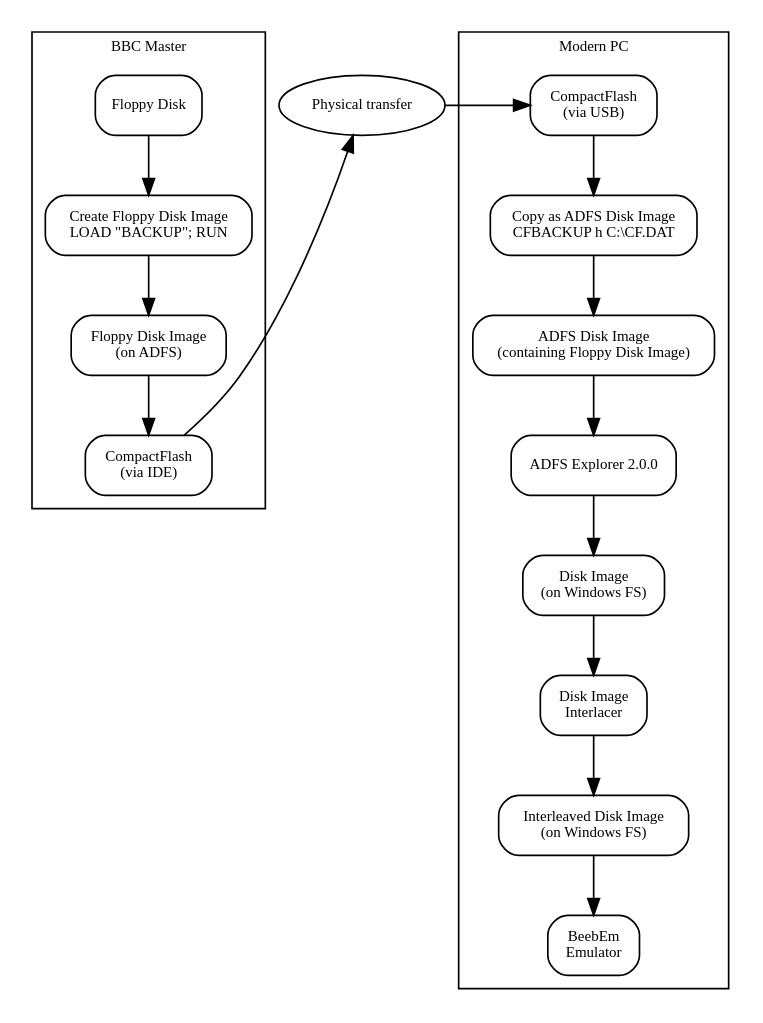
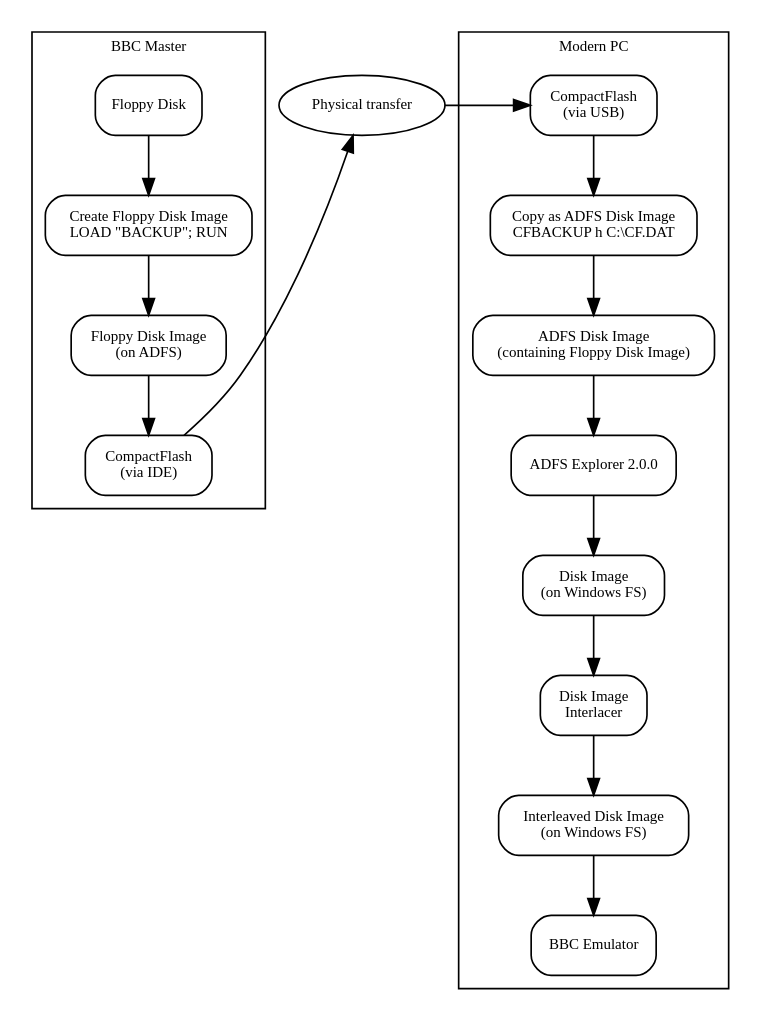
One commit to anjackson/keeping-codes changed the diagram in case-studies/images/bbc-lX.dot. Above: the diagram before and after it, drawn with Graphviz. The commit also changed 7 other files, not shown here.

```diff
--- a/case-studies/images/bbc-lX.dot
+++ b/case-studies/images/bbc-lX.dot
@@ -1,51 +1,51 @@
 digraph bbc_l1 {
  graph [fontsize=9 fontname="Verdana" 
  compound=true rankdir=TB splines=true];
  node [shape=box fontsize=9 fontname="Verdana" style="rounded"];
  edge [fontsize=9 fontname="Verdana"];
 
  subgraph cluster_bbc {
     edge[constraint=true];
     label="BBC Master";
      rank="same"; 
      fd [label="Floppy Disk"];
      backup [label="Create Floppy Disk Image\nLOAD \"BACKUP\"; RUN"]
      disk_images [label="Floppy Disk Image\n(on ADFS)"]
      cf_ide [label="CompactFlash\n(via IDE)"]
      fd -> backup;
      backup -> disk_images;
      disk_images -> cf_ide;
  }
 
  ide_usb[label="Physical transfer",shape=oval]
 
  // Overall linkage:
  // Invisible edge used to align the boxes:
 // fd -> cf_usb;// [constraint=true, style=invis];
  //ide_usb -> cf_usb [constraint=false];
  edge[constraint=false];
  cf_ide -> ide_usb;
  ide_usb -> cf_usb;
 
 
  // None-aligning edge linking BBC output to the rest:
  //cf_ide -> ide_usb ;
  //ide_usb -> cf_usb [lhead=cluster_pc];
  //cf_ide -> ide_usb [constraint=false];//[ltail=cluster_bbc, lhead=cluster_transfer];// [label="Transfer CF Card"];
 
  subgraph cluster_pc {
     edge[constraint=true];
     label="Modern PC";
      rank="same"; 
      cf_usb [label="CompactFlash\n(via USB)"];
      cf_img [label="Copy as ADFS Disk Image\nCFBACKUP h C:\\CF.DAT"];
      disk_images_adfs [label="ADFS Disk Image\n(containing Floppy Disk Image)"];
      adfs_explorer [label="ADFS Explorer 2.0.0"]
      disk_images_pc [label="Disk Image\n(on Windows FS)"];     
      disk_image_inter [label="Disk Image\nInterlacer"];     
      idisk_images_pc [label="Interleaved Disk Image\n(on Windows FS)"];     
-     emul [label="BeebEm\nEmulator"];
+     emul [label="BBC Emulator"];
      cf_usb -> cf_img -> disk_images_adfs -> adfs_explorer -> disk_images_pc-> disk_image_inter -> idisk_images_pc -> emul;
  }
 
 }
```
